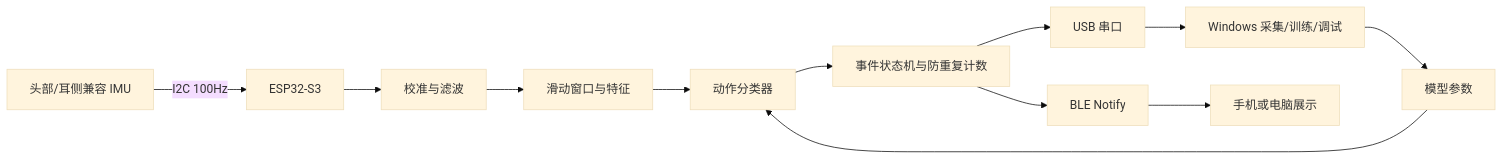
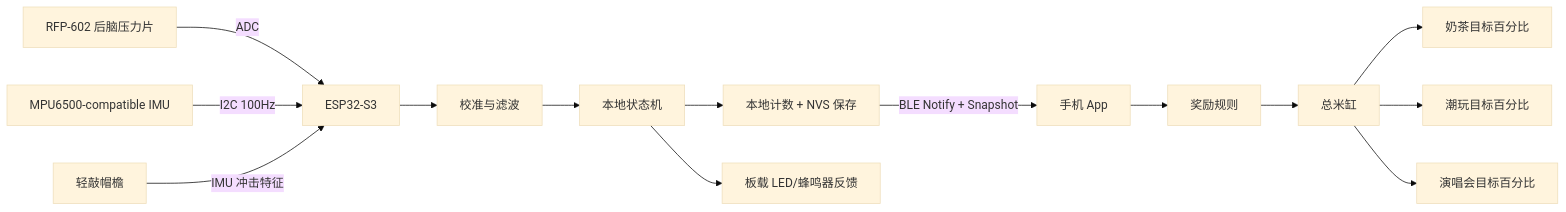
Before and after one commit to iboy425/pecky: the diagram in PLAN.md, drawn with Mermaid (base theme). The commit also changed other lines of this file, not shown here.

Commit message:
docs: replace plan with executable 48-hour Pecky Cap roadmap

```diff
--- a/PLAN.md
+++ b/PLAN.md
@@ -126,14 +175,16 @@
 ~~~mermaid
 flowchart LR
-    A[头部/耳侧兼容 IMU] -->|I2C 100Hz| B[ESP32-S3]
-    B --> C[校准与滤波]
-    C --> D[滑动窗口与特征]
-    D --> E[动作分类器]
-    E --> F[事件状态机与防重复计数]
-    F --> G1[USB 串口]
-    F --> G2[BLE Notify]
-    G1 --> H1[Windows 采集/训练/调试]
-    G2 --> H2[手机或电脑展示]
-    H1 --> I[模型参数]
-    I --> E
+    P[RFP-602 后脑压力片] -->|ADC| E[ESP32-S3]
+    I[MPU6500-compatible IMU] -->|I2C 100Hz| E
+    T[轻敲帽檐] -->|IMU 冲击特征| E
+    E --> F[校准与滤波]
+    F --> S[本地状态机]
+    S --> C[本地计数 + NVS 保存]
+    S --> H[板载 LED/蜂鸣器反馈]
+    C -->|BLE Notify + Snapshot| A[手机 App]
+    A --> R[奖励规则]
+    R --> J[总米缸]
+    J --> G1[奶茶目标百分比]
+    J --> G2[潮玩目标百分比]
+    J --> G3[演唱会目标百分比]
 ~~~
```
